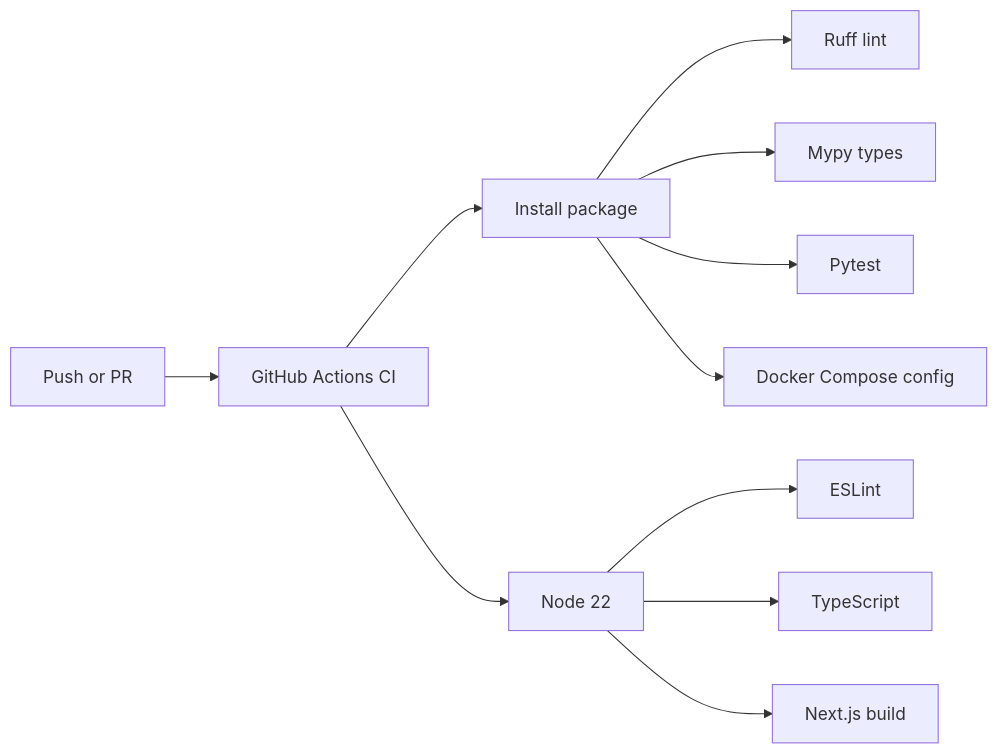
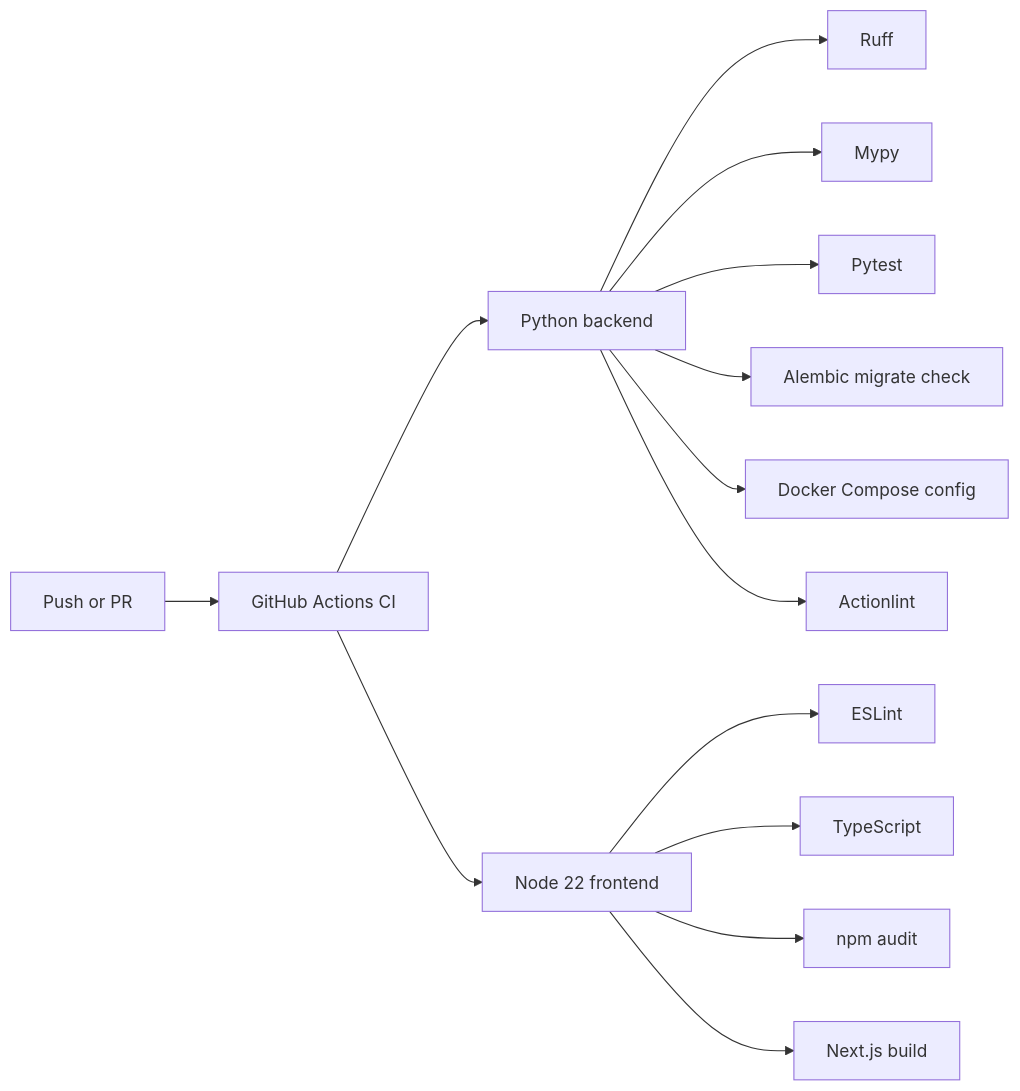
The third of 5 diagrams in README.md (kenchengkc/the-financial-document-retrieval-engine), drawn with Mermaid before and after one commit. The commit also changed other lines of this file and 15 other files, not shown here.

````diff
--- a/README.md
+++ b/README.md
@@ -59,13 +61,16 @@
 ```mermaid
 flowchart LR
   push[Push or PR] --> ci[GitHub Actions CI]
-  ci --> install[Install package]
-  install --> ruff[Ruff lint]
-  install --> mypy[Mypy types]
-  install --> pytest[Pytest]
-  install --> compose[Docker Compose config]
-  ci --> node[Node 22]
-  node --> eslint[ESLint]
-  node --> types[TypeScript]
-  node --> next[Next.js build]
+  ci --> backend[Python backend]
+  ci --> frontend[Node 22 frontend]
+  backend --> ruff[Ruff]
+  backend --> mypy[Mypy]
+  backend --> pytest[Pytest]
+  backend --> alembic[Alembic migrate check]
+  backend --> compose[Docker Compose config]
+  backend --> actionlint[Actionlint]
+  frontend --> eslint[ESLint]
+  frontend --> types[TypeScript]
+  frontend --> audit[npm audit]
+  frontend --> next[Next.js build]
 ```
````
